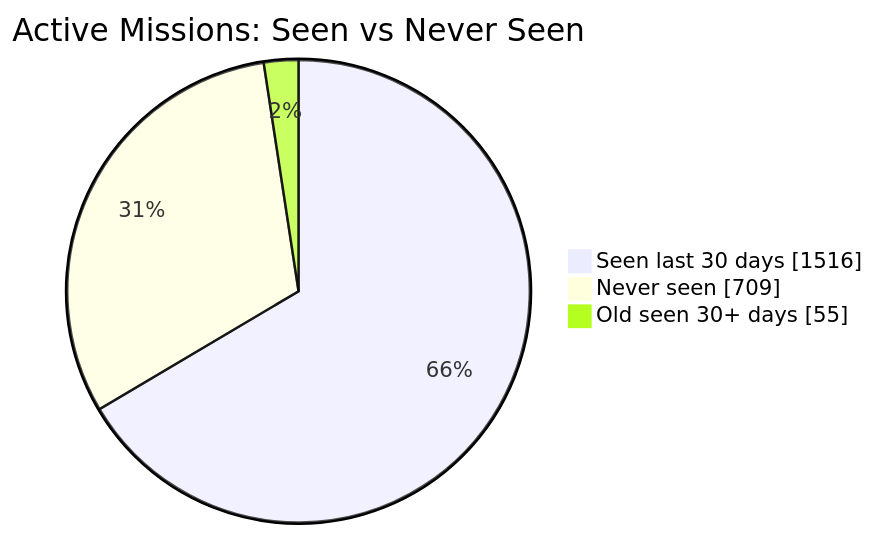
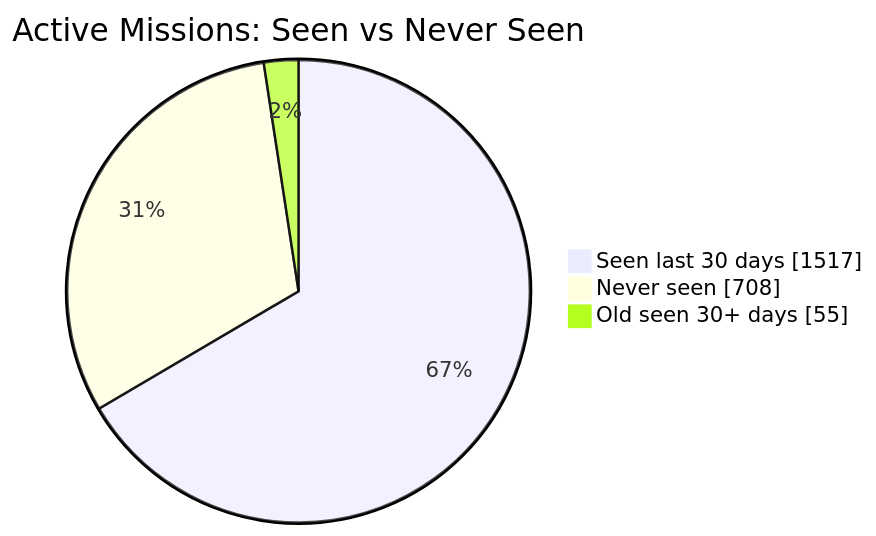
One commit to MeldkamerspelGameTeam/active-missions changed the first of 2 diagrams in README.md. Above: the diagram before and after it, drawn with Mermaid. The commit also changed other lines of this file and 2 other files, not shown here.

````diff
--- a/README.md
+++ b/README.md
@@ -34,7 +34,7 @@
 ```mermaid
 pie showData
     title Active Missions: Seen vs Never Seen
-    "Seen last 30 days" : 1516
-    "Never seen" : 709
+    "Seen last 30 days" : 1517
+    "Never seen" : 708
     "Old seen 30+ days" : 55
 ```
````
